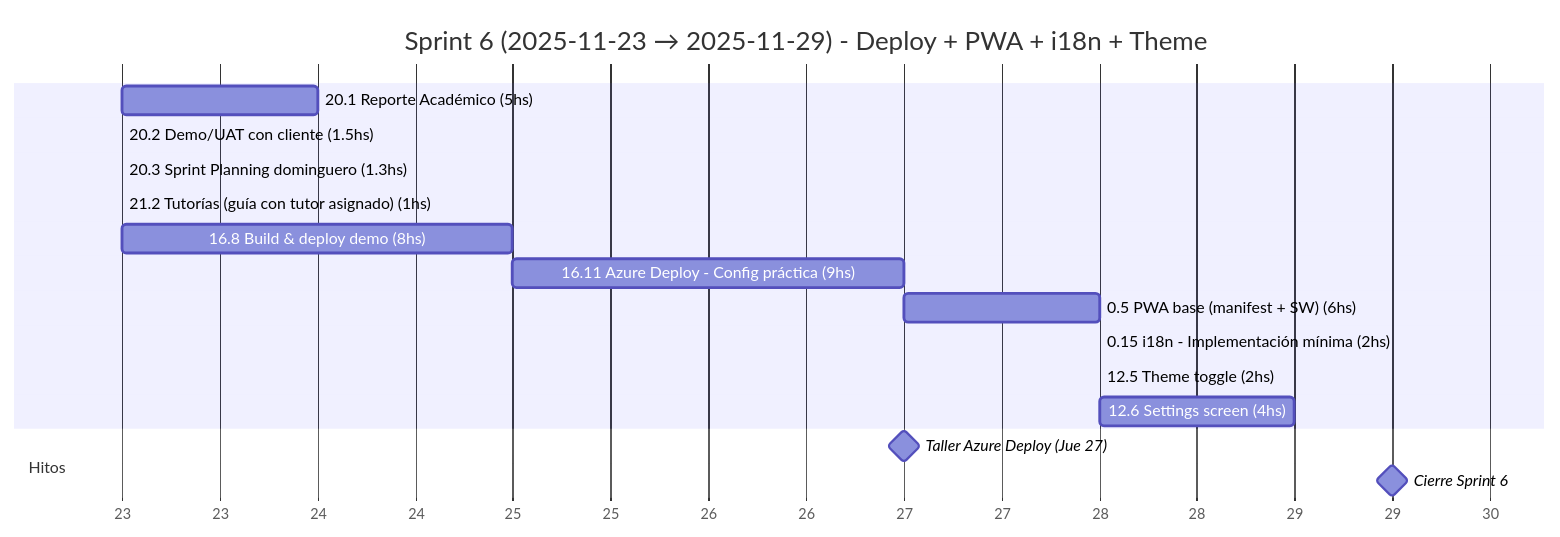
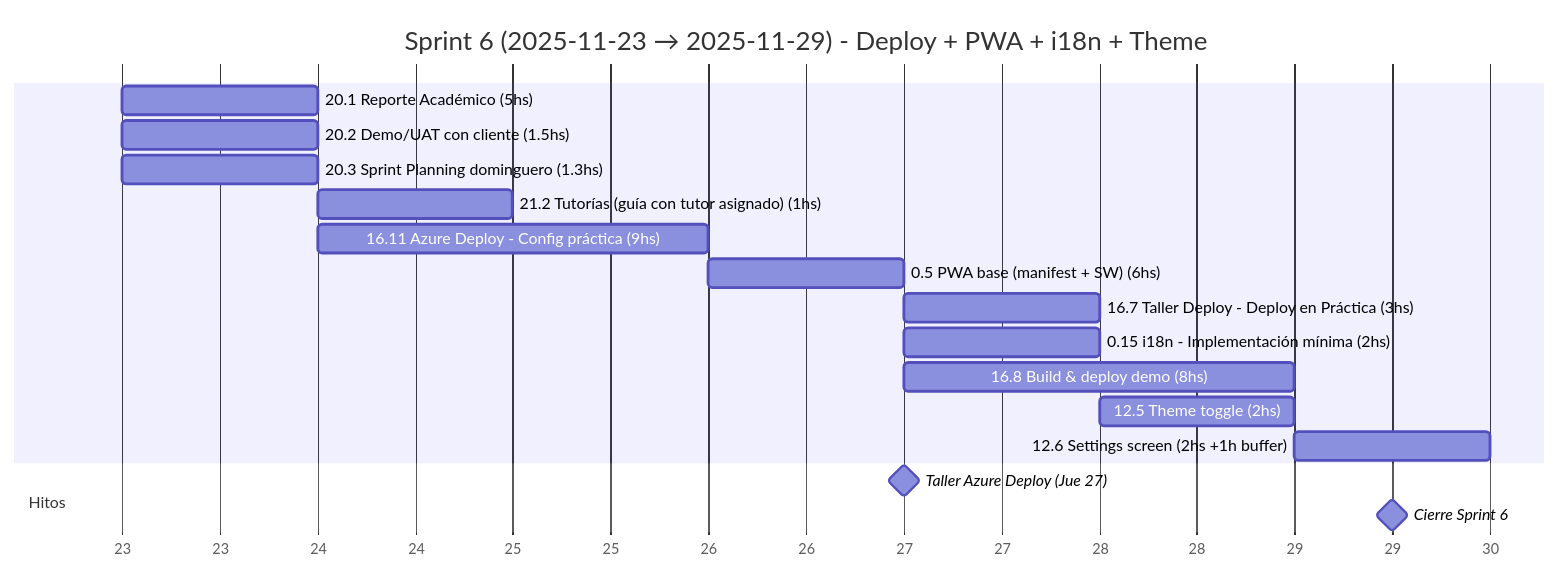
Before and after one commit to MarkMed/FleetMan: the seventh of 19 diagrams in docs/SprintsGantts.md, drawn with Mermaid. The commit also changed other lines of this file and 1 other file, not shown here.

Commit message:
fix: update estimated hours and buffer for Sprint #6 to reflect accurate planning

````diff
--- a/docs/SprintsGantts.md
+++ b/docs/SprintsGantts.md
@@ -181,24 +181,25 @@
 ```mermaid
 gantt
   title Sprint 6 (2025-11-23 → 2025-11-29) - Deploy + PWA + i18n + Theme
   dateFormat  YYYY-MM-DD
   axisFormat  %d
 
   %% Asumimos 5 h/día. Horas estimadas incluidas en el nombre.
-  %% ⚠️ Sprint ligeramente sobrecargado (39.8hs vs 35hs objetivo).
+  %% ⚠️ Sprint ligeramente sobrecargado (40.8hs vs 35hs objetivo).
 
   20.1 Reporte Académico (5hs)                 :t201, 2025-11-23, 1d
-  20.2 Demo/UAT con cliente (1.5hs)            :t202, 2025-11-23, 0.3d
-  20.3 Sprint Planning dominguero (1.3hs)      :t203, 2025-11-23, 0.26d
-  21.2 Tutorías (guía con tutor asignado) (1hs) :t212, after t203, 0.2d
-  16.8 Build & deploy demo (8hs)               :t168, after t212, 1.6d
-  16.11 Azure Deploy - Config práctica (9hs)   :t1611, after t168, 1.8d
-  0.5 PWA base (manifest + SW) (6hs)           :t05, after t1611, 1.2d
-  0.15 i18n - Implementación mínima (2hs)      :t015, after t05, 0.4d
-  12.5 Theme toggle (2hs)                      :t125, after t015, 0.4d
-  12.6 Settings screen (4hs)                   :t126, after t125, 0.8d
+  20.2 Demo/UAT con cliente (1.5hs)            :t202, 2025-11-23, 1d
+  20.3 Sprint Planning dominguero (1.3hs)      :t203, 2025-11-23, 1d
+  21.2 Tutorías (guía con tutor asignado) (1hs) :t212, 2025-11-24, 1d
+  16.11 Azure Deploy - Config práctica (9hs)   :t1611, 2025-11-24, 2d
+  0.5 PWA base (manifest + SW) (6hs)           :t05, after t1611, 1d
+  16.7 Taller Deploy - Deploy en Práctica (3hs) :t167, 2025-11-27, 1d
+  0.15 i18n - Implementación mínima (2hs)      :t015, after t05, 1d
+  16.8 Build & deploy demo (8hs)               :t168, 2025-11-27, 2d
+  12.5 Theme toggle (2hs)                      :t125, after t015, 1d
+  12.6 Settings screen (2hs +1h buffer)        :t126, after t125, 1d
 
   section Hitos
   Taller Azure Deploy (Jue 27)                 :milestone, taller, 2025-11-27, 0d
   Cierre Sprint 6                              :milestone, s6, 2025-11-29, 1d
 ```
````
